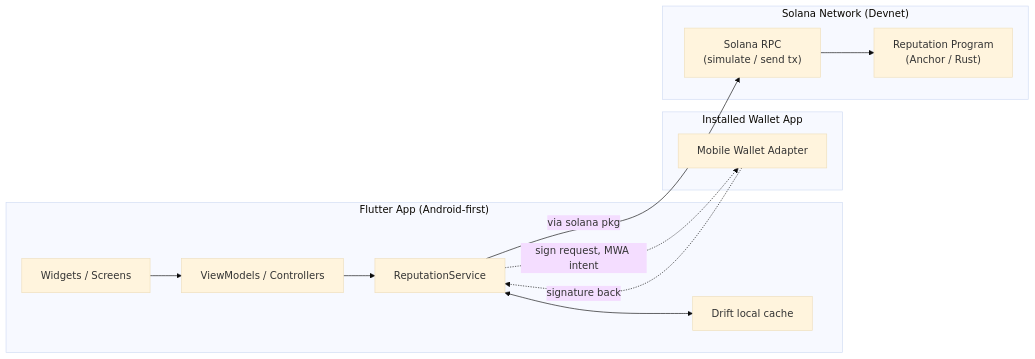
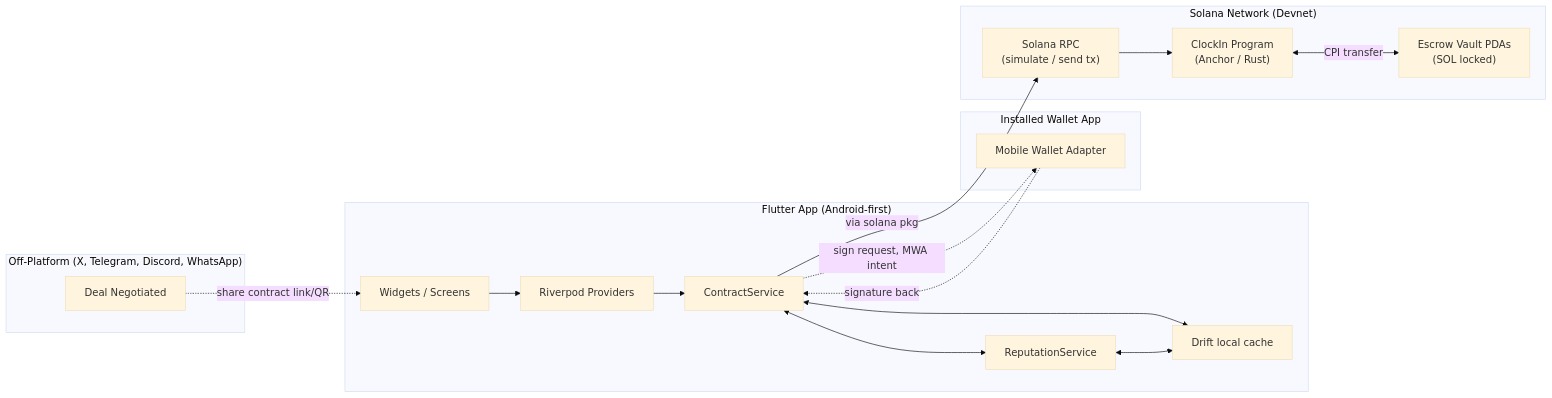
One commit to adewuyito/ClockIn changed the first of 2 diagrams in docs/ARCHITECTURE.md. Above: the diagram before and after it, drawn with Mermaid (base theme). The commit also changed other lines of this file and 1 other file, not shown here.

Commit message:
docs: update architecture and roadmap for P2P escrow protocol transition

````diff
--- a/docs/ARCHITECTURE.md
+++ b/docs/ARCHITECTURE.md
@@ -7,21 +9,30 @@
 ```mermaid
 flowchart LR
+    subgraph ext["Off-Platform (X, Telegram, Discord, WhatsApp)"]
+        DEAL["Deal Negotiated"]
+    end
     subgraph app["Flutter App (Android-first)"]
         UI["Widgets / Screens"]
-        VM["ViewModels / Controllers"]
+        VM["Riverpod Providers"]
+        CS["ContractService"]
         RS["ReputationService"]
         DB["Drift local cache"]
     end
     subgraph wallet["Installed Wallet App"]
         MWA["Mobile Wallet Adapter"]
     end
     subgraph net["Solana Network (Devnet)"]
         RPC["Solana RPC\n(simulate / send tx)"]
-        PROG["Reputation Program\n(Anchor / Rust)"]
+        PROG["ClockIn Program\n(Anchor / Rust)"]
+        VAULT["Escrow Vault PDAs\n(SOL locked)"]
     end
-    UI --> VM --> RS
+    DEAL -.->|share contract link/QR| UI
+    UI --> VM --> CS
+    CS <--> RS
+    CS <--> DB
     RS <--> DB
-    RS -->|via solana pkg| RPC --> PROG
-    RS -.->|sign request, MWA intent| MWA
-    MWA -.->|signature back| RS
+    CS -->|via solana pkg| RPC --> PROG
+    PROG <-->|CPI transfer| VAULT
+    CS -.->|sign request, MWA intent| MWA
+    MWA -.->|signature back| CS
 ```
````
